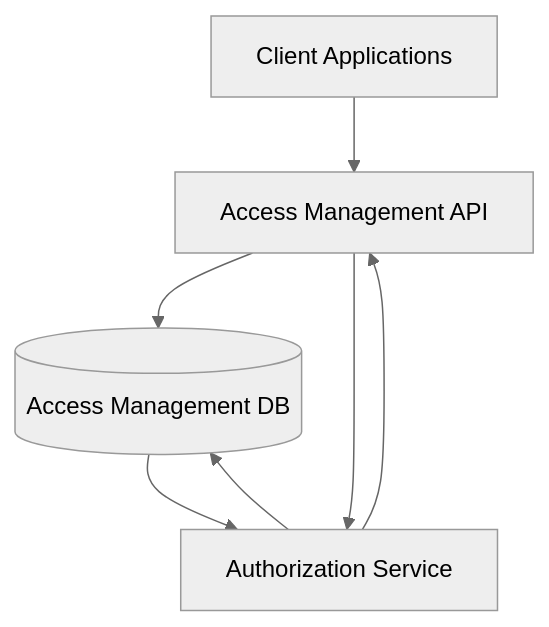
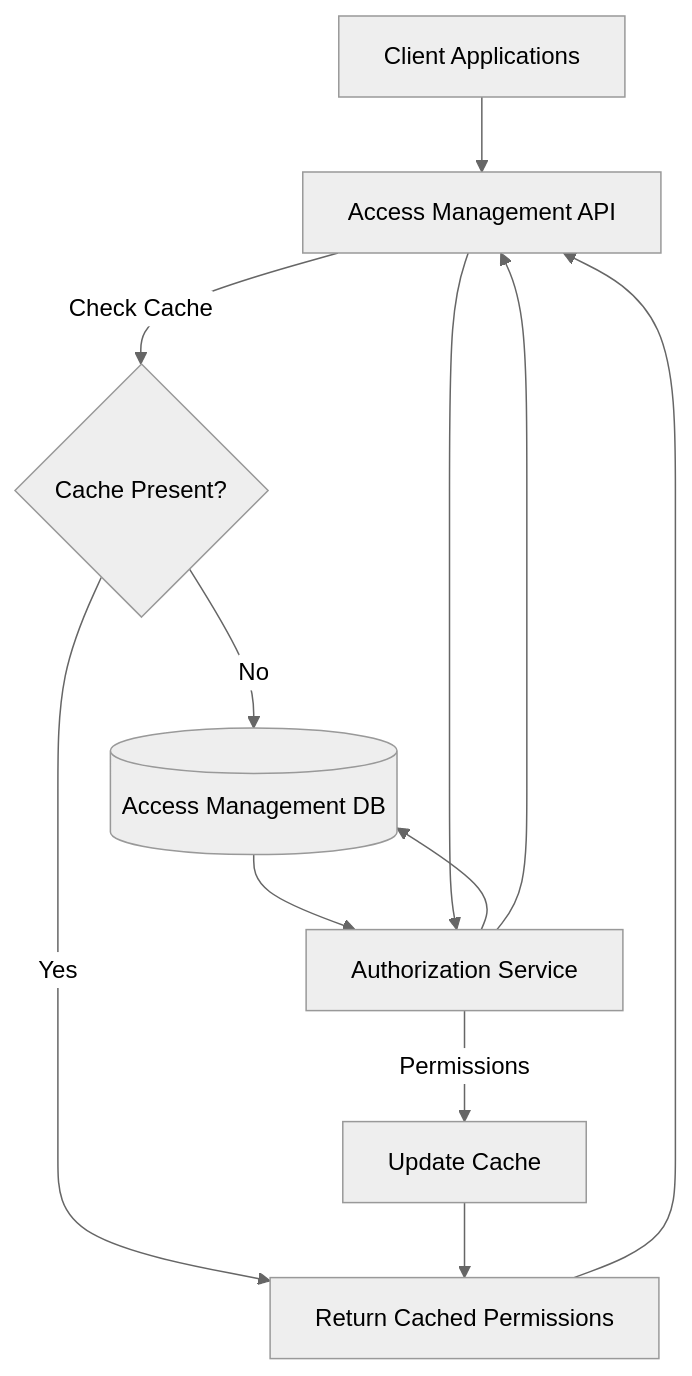
Before and after one commit to NOSiCode-CV/igrp-platform-access-management: the first of 7 diagrams in PERMISSION_MANAGEMENT_SPECS.md, drawn with Mermaid (neutral theme). The commit also changed other lines of this file, not shown here.

````diff
--- a/PERMISSION_MANAGEMENT_SPECS.md
+++ b/PERMISSION_MANAGEMENT_SPECS.md
@@ -14,9 +14,15 @@
 ```mermaid
 graph TD
-    A[Client Applications] --> B[Access Management API]
-    B --> C[(Access Management DB)]
-    C --> D[Authorization Service]
-    D --> C
-    B --> D
-    D --> B
+   A[Client Applications] --> B[Access Management API]
+   B -->|Check Cache| E{Cache Present?}
+   E -- Yes --> F[Return Cached Permissions]
+   E -- No --> C[(Access Management DB)]
+   C --> D[Authorization Service]
+   D --> C
+   D -->|Permissions| G[Update Cache]
+   G --> F
+   B --> D
+   D --> B
+   F --> B
+
 ```
````
